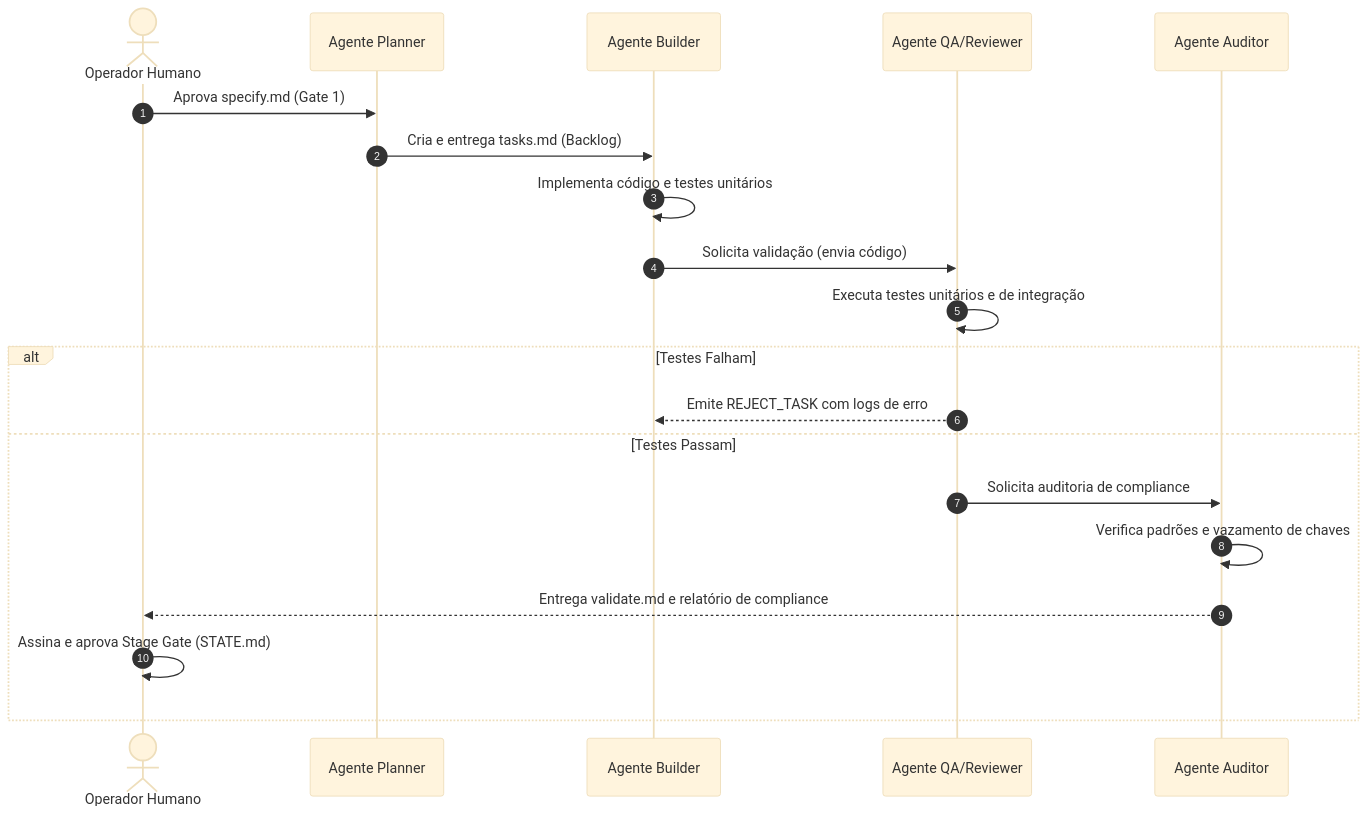
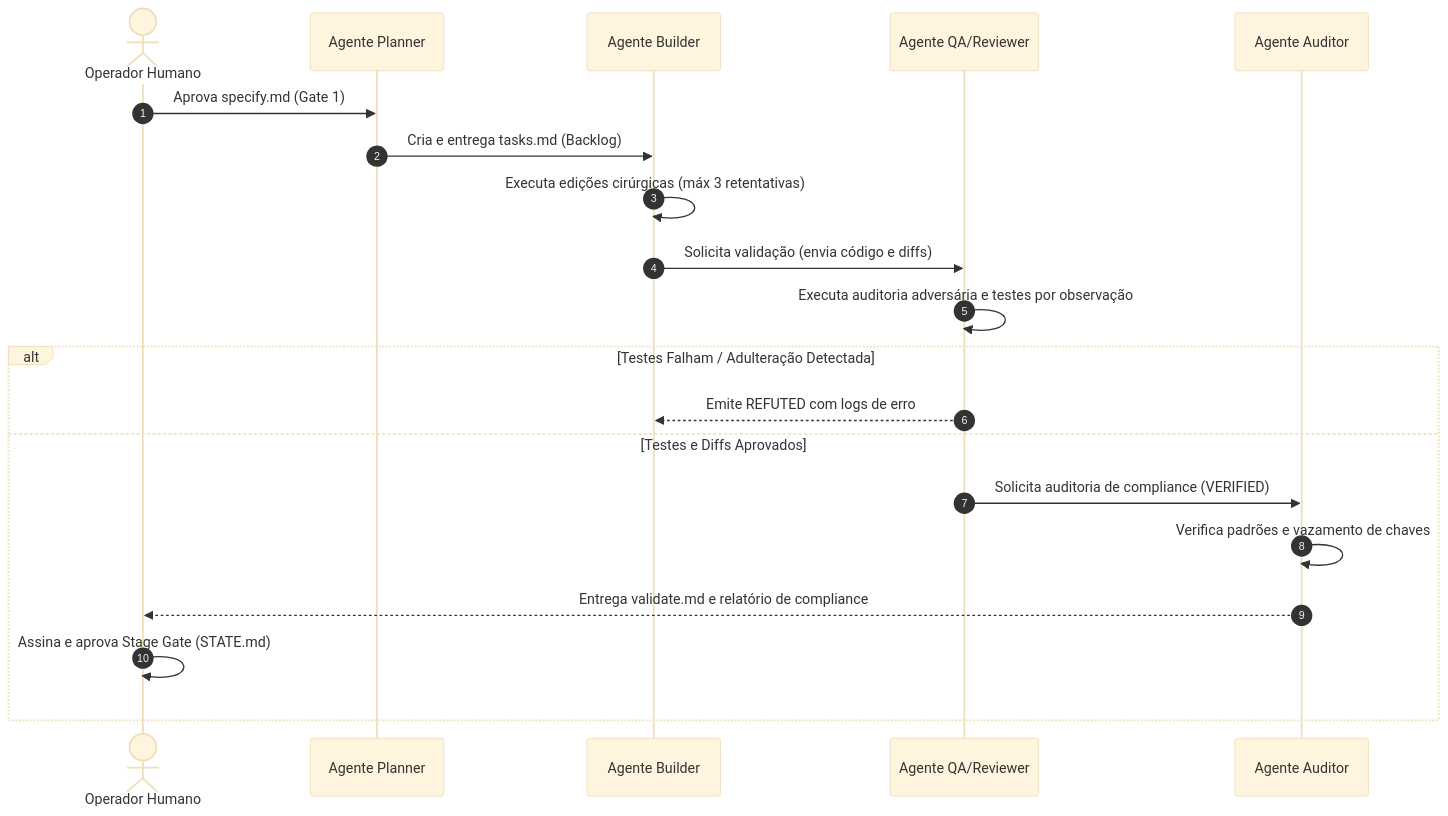
Before and after one commit to EnterDufter/PromptCoreLabs_AEOS: the second of 3 diagrams in README.md, drawn with Mermaid (base theme). The commit also changed other lines of this file and 7 other files, not shown here.

````diff
--- a/README.md
+++ b/README.md
@@ -66,23 +66,23 @@
 ```mermaid
 sequenceDiagram
     autonumber
     actor Humano as Operador Humano
     participant PL as Agente Planner
     participant BL as Agente Builder
     participant QA as Agente QA/Reviewer
     participant AD as Agente Auditor
     
     Humano->>PL: Aprova specify.md (Gate 1)
     PL->>BL: Cria e entrega tasks.md (Backlog)
-    BL->>BL: Implementa código e testes unitários
-    BL->>QA: Solicita validação (envia código)
-    QA->>QA: Executa testes unitários e de integração
-    alt Testes Falham
-        QA-->>BL: Emite REJECT_TASK com logs de erro
-    else Testes Passam
-        QA->>AD: Solicita auditoria de compliance
+    BL->>BL: Executa edições cirúrgicas (máx 3 retentativas)
+    BL->>QA: Solicita validação (envia código e diffs)
+    QA->>QA: Executa auditoria adversária e testes por observação
+    alt Testes Falham / Adulteração Detectada
+        QA-->>BL: Emite REFUTED com logs de erro
+    else Testes e Diffs Aprovados
+        QA->>AD: Solicita auditoria de compliance (VERIFIED)
         AD->>AD: Verifica padrões e vazamento de chaves
         AD-->>Humano: Entrega validate.md e relatório de compliance
         Humano->>Humano: Assina e aprova Stage Gate (STATE.md)
     end
 ```
````
